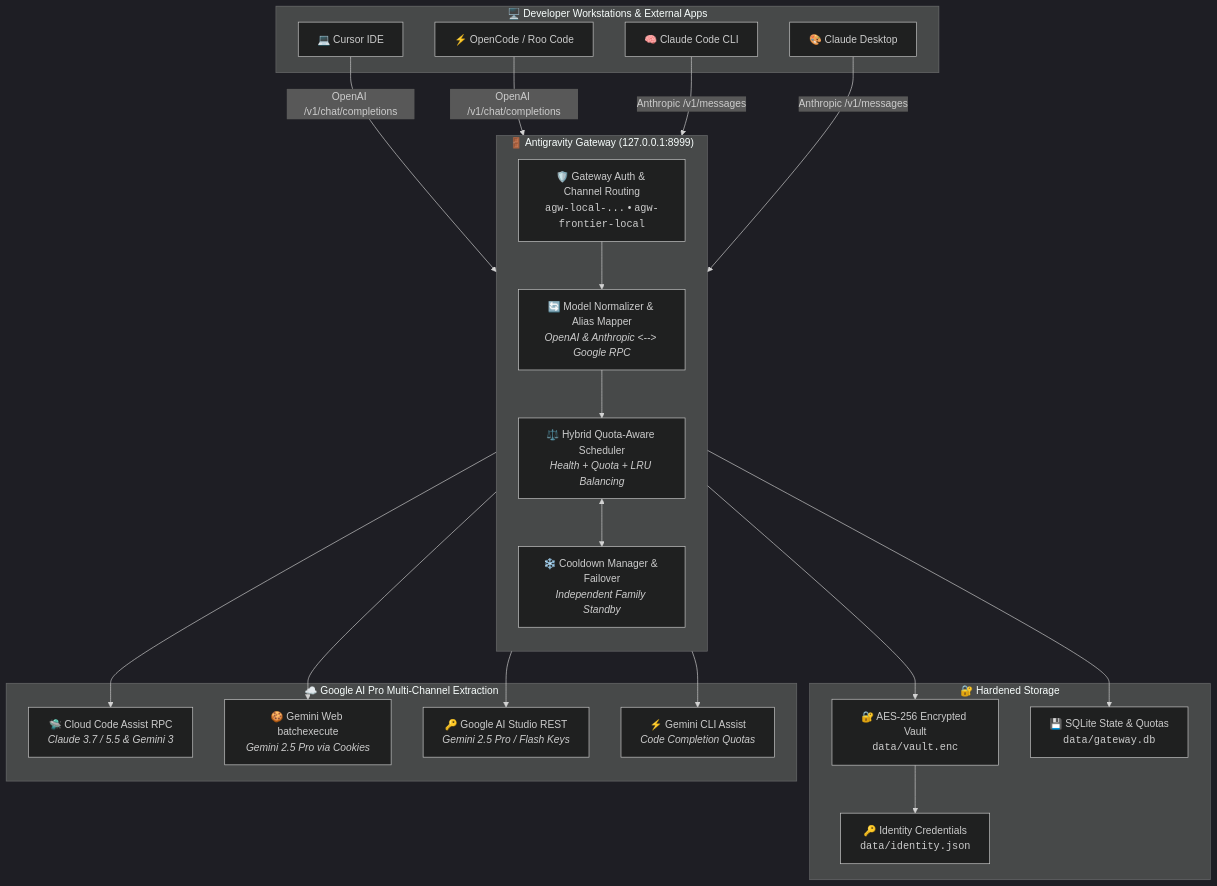
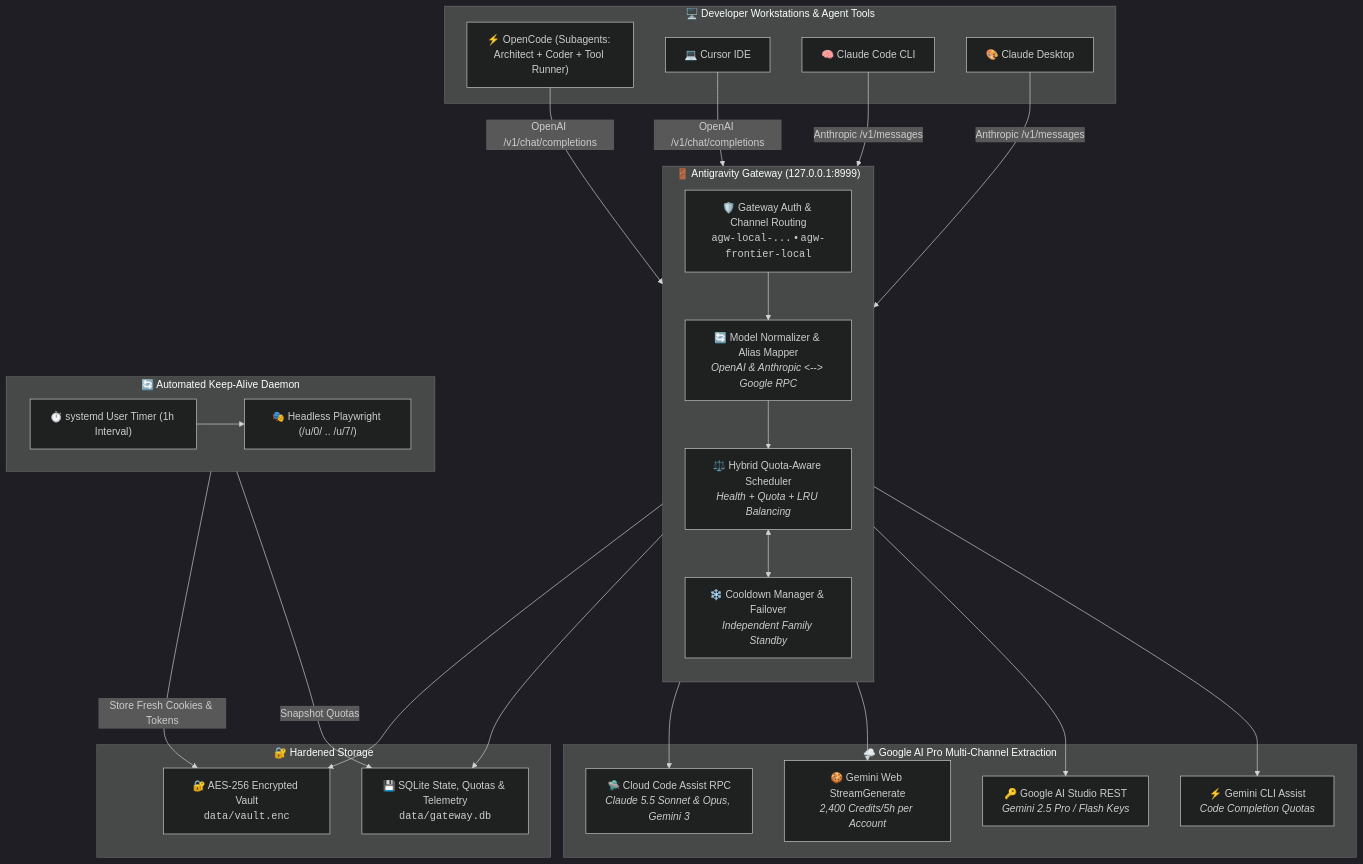
The diagram in README.md (RareBat47/antigravity-gateway), drawn with Mermaid (dark theme) before and after one commit. The commit also changed other lines of this file and 5 other files, not shown here.

Commit message:
feat: automated multi-account gweb keeper, 4-channel quota monitor, and updated documentation

````diff
--- a/README.md
+++ b/README.md
@@ -58,47 +59,54 @@
 ```mermaid
 flowchart TD
-    subgraph Clients["🖥️ Developer Workstations & External Apps"]
+    subgraph Clients["🖥️ Developer Workstations & Agent Tools"]
+        OpenCode["⚡ OpenCode (Subagents: Architect + Coder + Tool Runner)"]
         Cursor["💻 Cursor IDE"]
         ClaudeCode["🧠 Claude Code CLI"]
-        OpenCode["⚡ OpenCode / Roo Code"]
         Desktop["🎨 Claude Desktop"]
     end
 
     subgraph Gateway["🚪 Antigravity Gateway (127.0.0.1:8999)"]
         direction TB
         Auth["🛡️ Gateway Auth & Channel Routing<br/><code>agw-local-...</code> • <code>agw-frontier-local</code>"]
         Registry["🔄 Model Normalizer & Alias Mapper<br/><i>OpenAI & Anthropic &lt;--&gt; Google RPC</i>"]
         Scheduler["⚖️ Hybrid Quota-Aware Scheduler<br/><i>Health + Quota + LRU Balancing</i>"]
         Cooldown["❄️ Cooldown Manager & Failover<br/><i>Independent Family Standby</i>"]
     end
 
+    subgraph AutoKeeper["🔄 Automated Keep-Alive Daemon"]
+        Playwright["🎭 Headless Playwright (/u/0/ .. /u/7/)"]
+        Timer["⏱️ systemd User Timer (1h Interval)"]
+        Timer --> Playwright
+    end
+
     subgraph Storage["🔐 Hardened Storage"]
         Vault["🔐 AES-256 Encrypted Vault<br/><code>data/vault.enc</code>"]
-        DB["💾 SQLite State & Quotas<br/><code>data/gateway.db</code>"]
-        Identity["🔑 Identity Credentials<br/><code>data/identity.json</code>"]
+        DB["💾 SQLite State, Quotas & Telemetry<br/><code>data/gateway.db</code>"]
     end
 
     subgraph Upstream["☁️ Google AI Pro Multi-Channel Extraction"]
-        OAuth["🛸 Cloud Code Assist RPC<br/><i>Claude 3.7 / 5.5 &amp; Gemini 3</i>"]
-        WebSession["🍪 Gemini Web batchexecute<br/><i>Gemini 2.5 Pro via Cookies</i>"]
+        OAuth["🛸 Cloud Code Assist RPC<br/><i>Claude 5.5 Sonnet & Opus, Gemini 3</i>"]
+        WebSession["🍪 Gemini Web StreamGenerate<br/><i>2,400 Credits/5h per Account</i>"]
         Studio["🔑 Google AI Studio REST<br/><i>Gemini 2.5 Pro / Flash Keys</i>"]
         CLI["⚡ Gemini CLI Assist<br/><i>Code Completion Quotas</i>"]
     end
 
+    OpenCode -->|OpenAI /v1/chat/completions| Auth
     Cursor -->|OpenAI /v1/chat/completions| Auth
-    OpenCode -->|OpenAI /v1/chat/completions| Auth
     ClaudeCode -->|Anthropic /v1/messages| Auth
     Desktop -->|Anthropic /v1/messages| Auth
 
     Auth --> Registry
     Registry --> Scheduler
     Scheduler <--> Cooldown
     Scheduler --> Vault
     Scheduler --> DB
-    Vault --> Identity
+
+    AutoKeeper -->|Store Fresh Cookies & Tokens| Vault
+    AutoKeeper -->|Snapshot Quotas| DB
 
     Scheduler --> OAuth
     Scheduler --> WebSession
     Scheduler --> Studio
     Scheduler --> CLI
 ```
````
